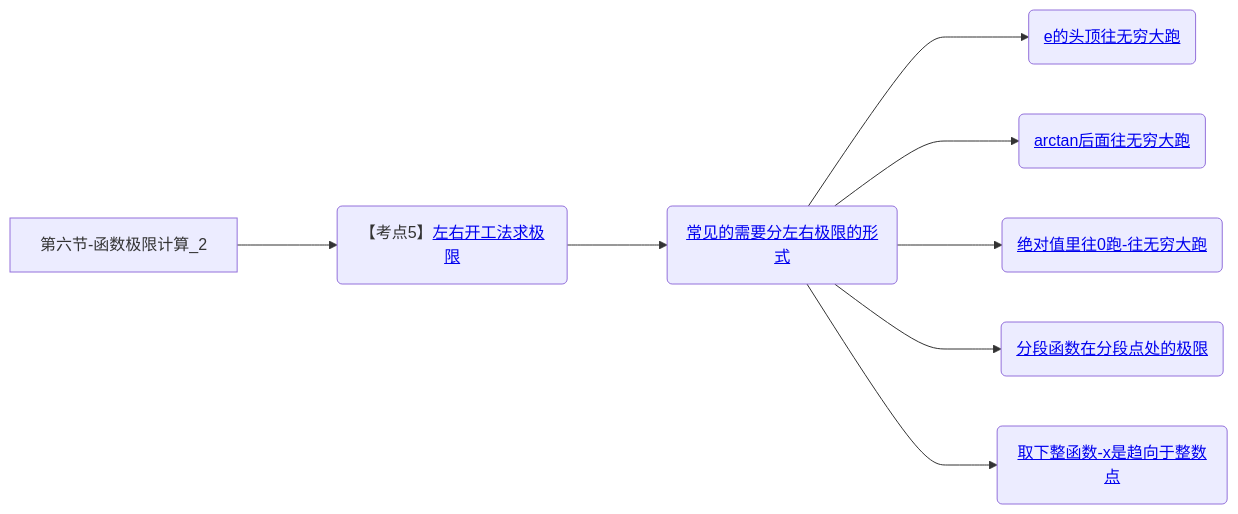
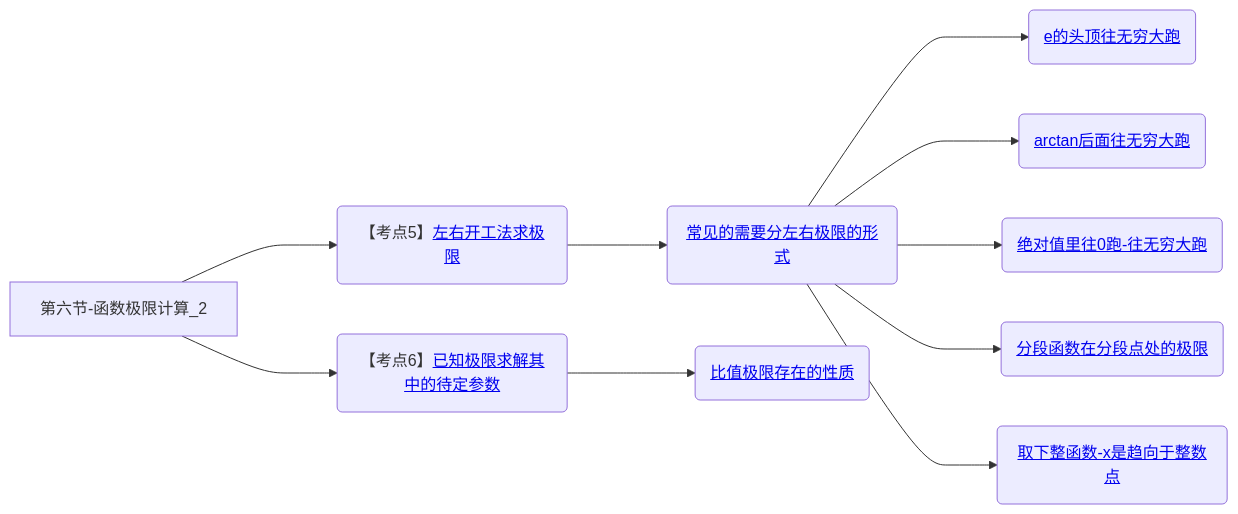
One commit to yuebinghui/note changed the sixth of 6 diagrams in 笔记/数学/周洋鑫/01.基础班思维导图.md. Above: the diagram before and after it, drawn with Mermaid. The commit also changed 5 other files, not shown here.

````diff
--- a/笔记/数学/周洋鑫/01.基础班思维导图.md
+++ b/笔记/数学/周洋鑫/01.基础班思维导图.md
@@ -226,14 +226,17 @@
 ```mermaid
 graph LR
 第六节-函数极限计算_2
 
 第六节-函数极限计算_2--->左右开工法求极限(【考点5】<a href="/Users/yuebinghui/Documents/program/github/note/笔记/数学/周洋鑫/基础班/06.函数极限计算_2.md#左右开工法求极限">左右开工法求极限</>)
 左右开工法求极限--->常见的需要分左右极限的形式(<a href="/Users/yuebinghui/Documents/program/github/note/笔记/数学/周洋鑫/基础班/06.函数极限计算_2.md#常见的需要分左右极限的形式">常见的需要分左右极限的形式</>)
 常见的需要分左右极限的形式--->e的头顶往无穷大跑(<a href="/Users/yuebinghui/Documents/program/github/note/笔记/数学/周洋鑫/基础班/06.函数极限计算_2.md#e的头顶往无穷大跑">e的头顶往无穷大跑</>)
 常见的需要分左右极限的形式--->arctan后面往无穷大跑(<a href="/Users/yuebinghui/Documents/program/github/note/笔记/数学/周洋鑫/基础班/06.函数极限计算_2.md#arctan后面往无穷大跑">arctan后面往无穷大跑</>)
 常见的需要分左右极限的形式--->绝对值里往0跑(<a href="/Users/yuebinghui/Documents/program/github/note/笔记/数学/周洋鑫/基础班/06.函数极限计算_2.md#绝对值里往0跑">绝对值里往0跑-往无穷大跑</>)
 常见的需要分左右极限的形式--->分段函数在分段点处的极限(<a href="/Users/yuebinghui/Documents/program/github/note/笔记/数学/周洋鑫/基础班/06.函数极限计算_2.md#分段函数在分段点处的极限">分段函数在分段点处的极限</>)
 常见的需要分左右极限的形式--->取整函数(<a href="/Users/yuebinghui/Documents/program/github/note/笔记/数学/周洋鑫/基础班/06.函数极限计算_2.md#取整函数">取下整函数-x是趋向于整数点</>)
 
+第六节-函数极限计算_2--->已知极限求解其中的待定参数(【考点6】<a href="/Users/yuebinghui/Documents/program/github/note/笔记/数学/周洋鑫/基础班/06.函数极限计算_2.md#已知极限求解其中的待定参数">已知极限求解其中的待定参数</>)
+已知极限求解其中的待定参数--->比值极限存在的性质(<a href="/Users/yuebinghui/Documents/program/github/note/笔记/数学/周洋鑫/基础班/06.函数极限计算_2.md#比值极限存在的性质">比值极限存在的性质</>)
+
 
 ```
````
